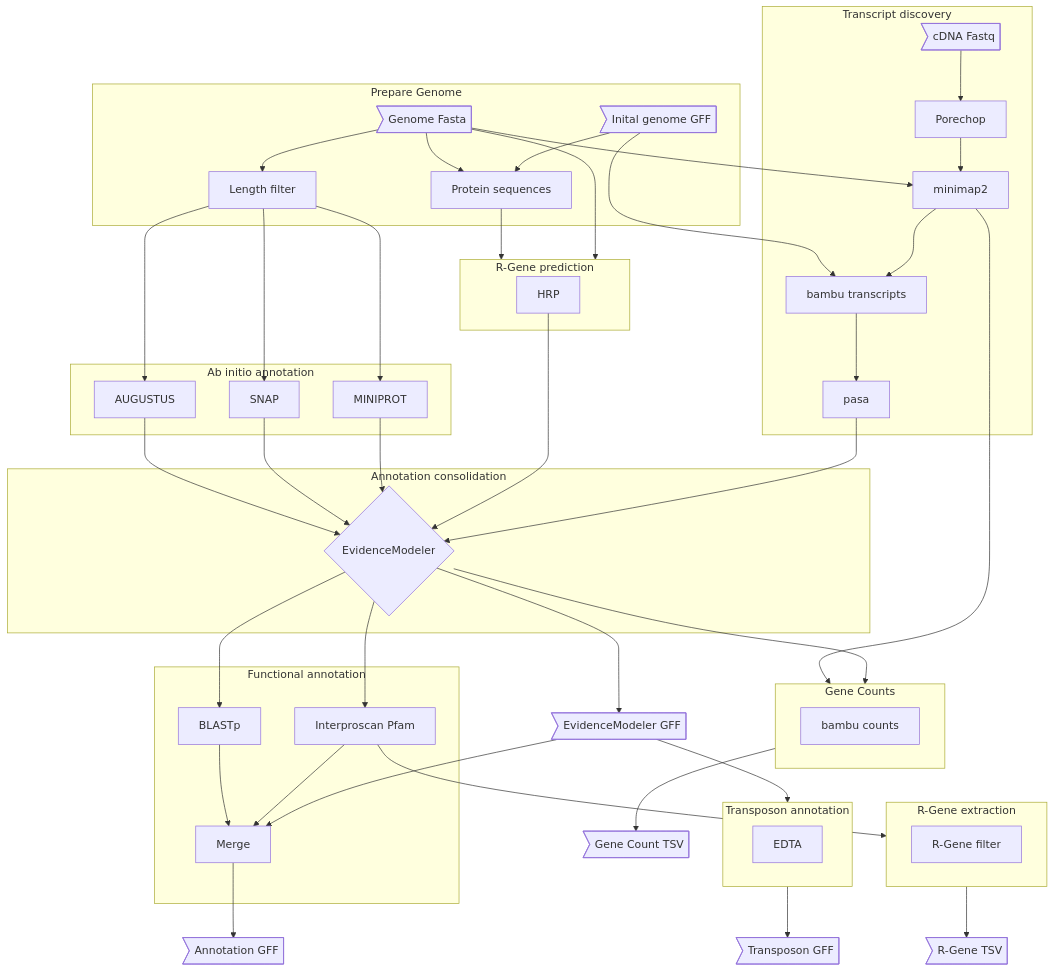
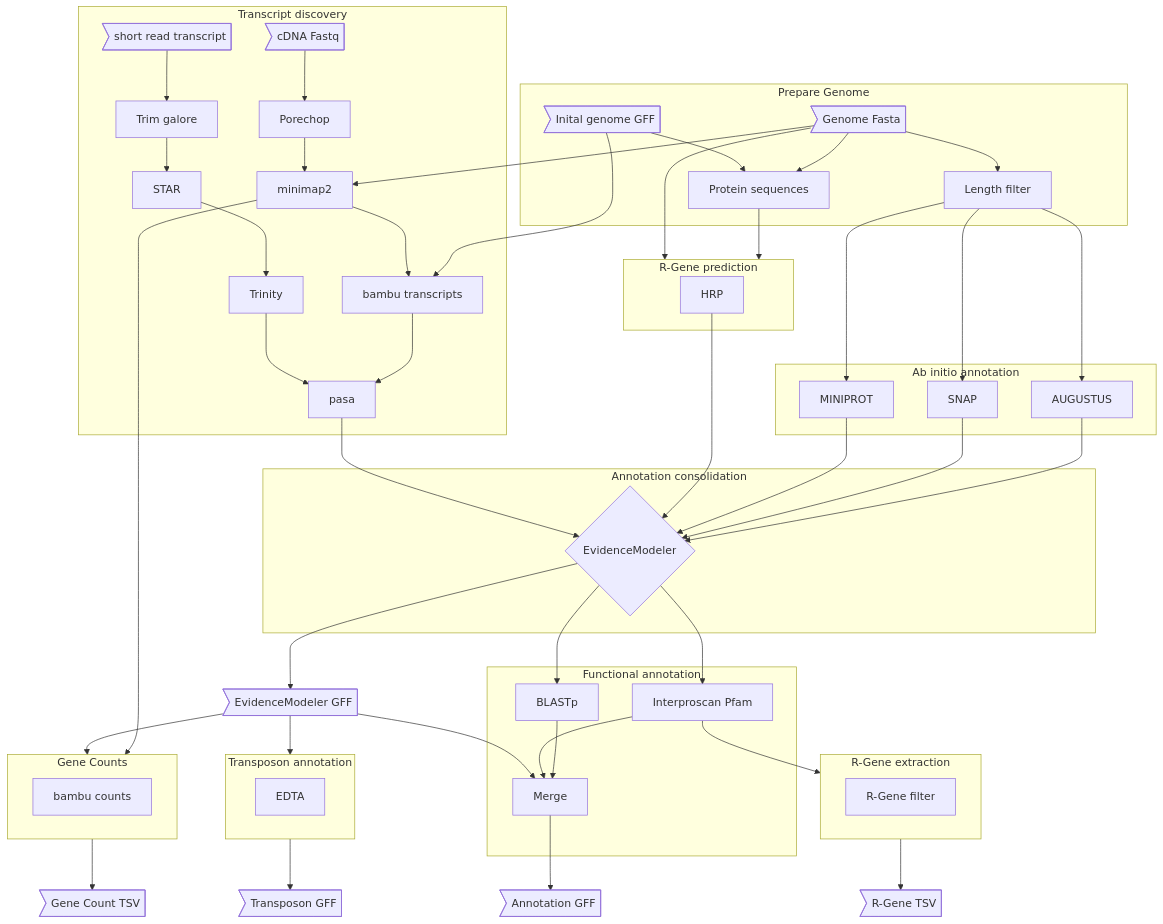
The first of 2 diagrams in README.md (nschan/nf-annotate), drawn with Mermaid before and after one commit. The commit also changed other lines of this file and 3 other files, not shown here.

````diff
--- a/README.md
+++ b/README.md
@@ -15,58 +16,63 @@
 ```mermaid
 graph TD;
     subgraph Prepare Genome
     gfasta>Genome Fasta] --> lfilt[Length filter];
     gfasta --> pseqs[Protein sequences];
     ggff>Inital genome GFF] --> pseqs;
     end
     subgraph abinitio[Ab initio annotation]
     lfilt --> AUGUSTUS;
     lfilt --> SNAP;
     lfilt --> MINIPROT;
     end
     subgraph hrp[R-Gene prediction]
     HRP
     end
     pseqs --> hrp
     gfasta --> hrp
     subgraph Transcript discovery
     cDNA>cDNA Fastq] --> Porechop;
     Porechop --> minimap2;
     gfasta --> minimap2;
     ggff --> batrans[bambu transcripts]
     minimap2 --> batrans;
     batrans --> pasa;
+    mRNA>short read transcript] --> trim[Trim galore];
+    trim --> alnshort[STAR]
+    alnshort --> trinity[Trinity]
+    trinity --> pasa
+
     end
     subgraph Annotation consolidation
     AUGUSTUS --> EvidenceModeler{EvidenceModeler};
     SNAP --> EvidenceModeler;
     MINIPROT --> EvidenceModeler;
     HRP --> EvidenceModeler;
     pasa --> EvidenceModeler;
     end
     EvidenceModeler --> evGFF>EvidenceModeler GFF]
     subgraph counts[Gene Counts]
     bacounts[bambu counts]
     end
     subgraph Rgene[R-Gene extraction]
     rgene[R-Gene filter];
     end
     pfam --> Rgene
     Rgene --> r_tsv>R-Gene TSV];
     minimap2 --> counts;
-    EvidenceModeler --> counts;
+    evGFF --> counts;
     counts --> tsv_count>Gene Count TSV];
     subgraph Functional annotation
     EvidenceModeler --> BLASTp;
     EvidenceModeler --> pfam[Interproscan Pfam];
     BLASTp --> func[Merge];
     pfam --> func;
     end
     evGFF --> func
     func --> gff_anno>Annotation GFF]
     subgraph Transposon[Transposon annotation]
     edta[EDTA]
     end
     evGFF --> Transposon
     Transposon --> tranposonGFF>Transposon GFF]
 ```
````
